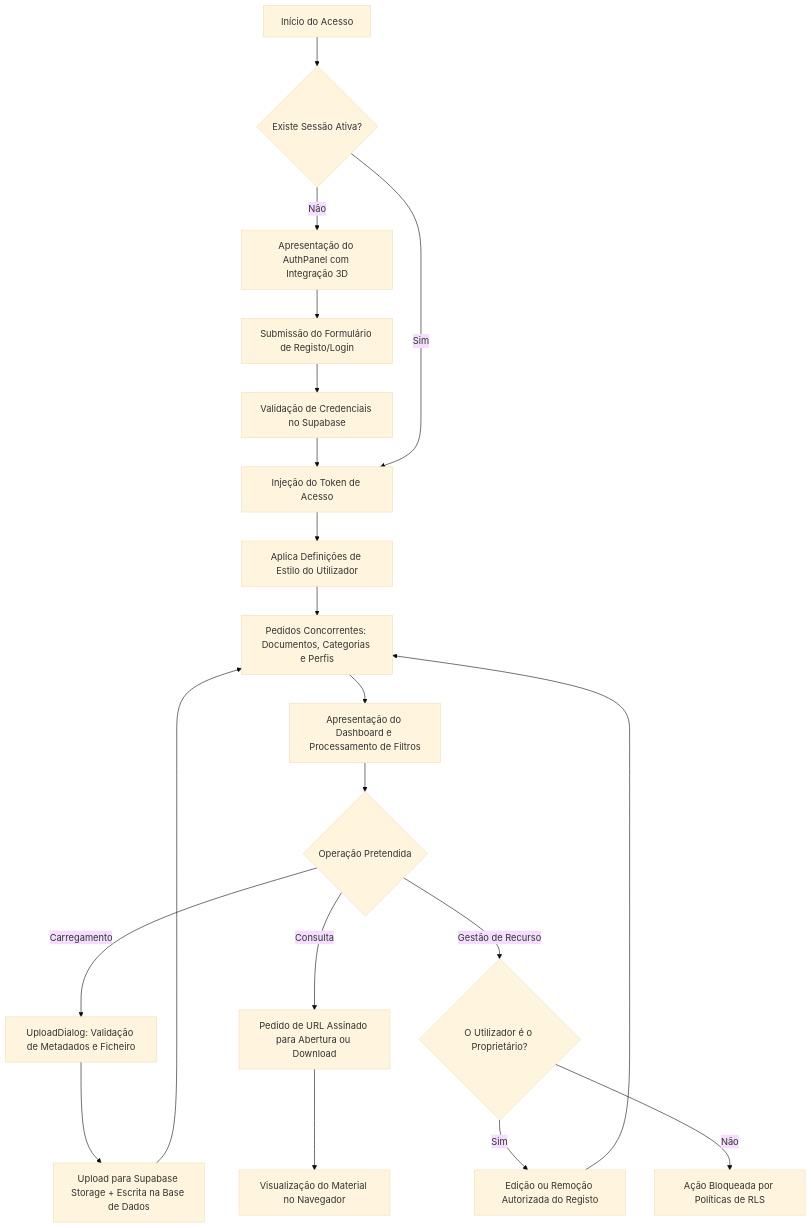
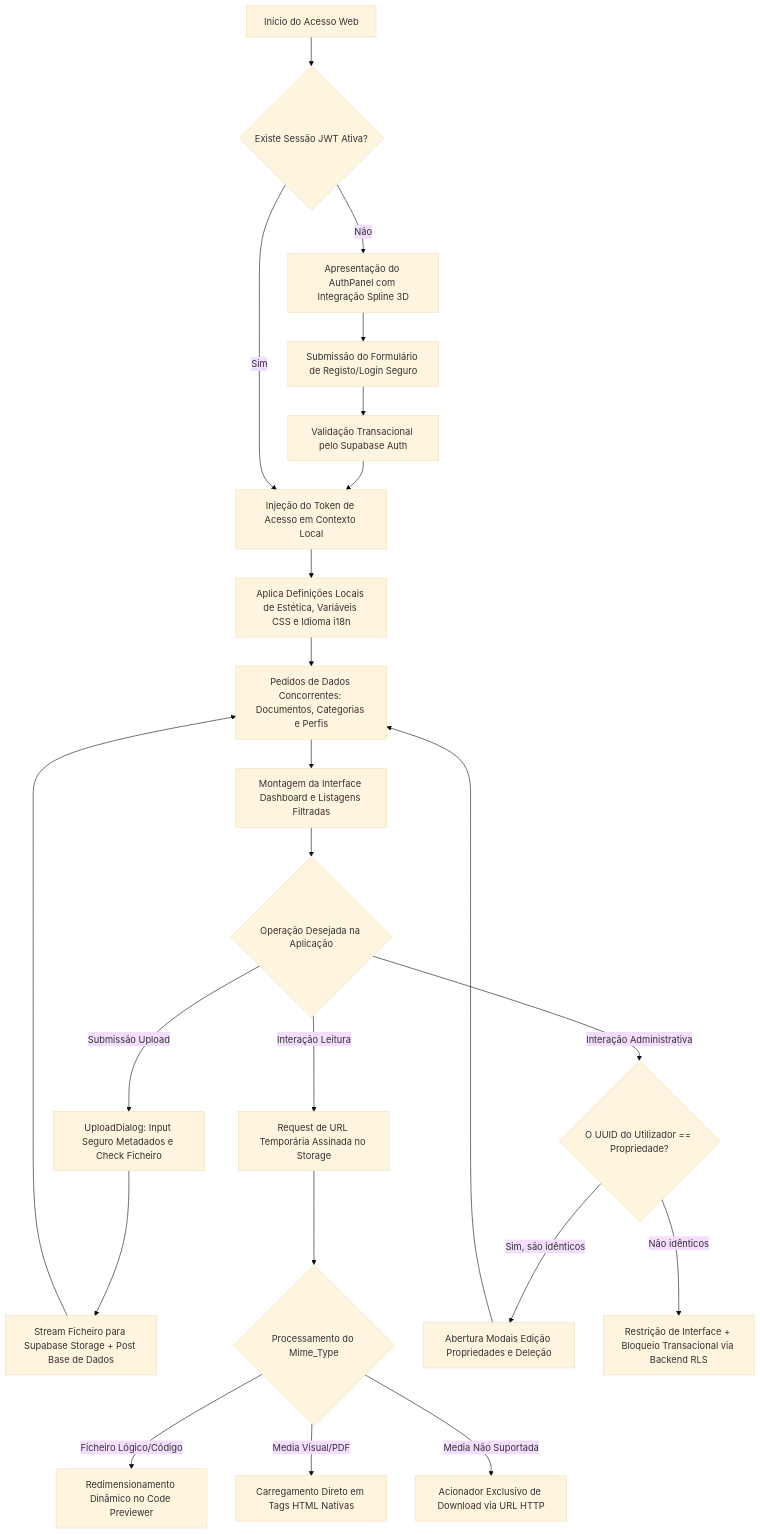
The diagram in README.md (Luzisrepo/etaplib), drawn with Mermaid (base theme) before and after one commit. The commit also changed other lines of this file, not shown here.

````diff
--- a/README.md
+++ b/README.md
@@ -168,22 +109,25 @@
 ```mermaid
 graph TD
-    A[Início do Acesso] --> B{Existe Sessão Ativa?}
-    B -- Não --> C[Apresentação do AuthPanel com Integração 3D]
-    C --> D[Submissão do Formulário de Registo/Login]
-    D --> E[Validação de Credenciais no Supabase]
-    E --> F[Injeção do Token de Acesso]
+    A[Início do Acesso Web] --> B{Existe Sessão JWT Ativa?}
+    B -- Não --> C[Apresentação do AuthPanel com Integração Spline 3D]
+    C --> D[Submissão do Formulário de Registo/Login Seguro]
+    D --> E[Validação Transacional pelo Supabase Auth]
+    E --> F[Injeção do Token de Acesso em Contexto Local]
     B -- Sim --> F
-    F --> G[Aplica Definições de Estilo do Utilizador]
-    G --> H[Pedidos Concorrentes: Documentos, Categorias e Perfis]
-    H --> I[Apresentação do Dashboard e Processamento de Filtros]
-    I --> J{Operação Pretendida}
-    J -- Carregamento --> K[UploadDialog: Validação de Metadados e Ficheiro]
-    K --> L[Upload para Supabase Storage + Escrita na Base de Dados]
+    F --> G[Aplica Definições Locais de Estética, Variáveis CSS e Idioma i18n]
+    G --> H[Pedidos de Dados Concorrentes: Documentos, Categorias e Perfis]
+    H --> I[Montagem da Interface Dashboard e Listagens Filtradas]
+    I --> J{Operação Desejada na Aplicação}
+    J -- Submissão Upload --> K[UploadDialog: Input Seguro Metadados e Check Ficheiro]
+    K --> L[Stream Ficheiro para Supabase Storage + Post Base de Dados]
     L --> H
-    J -- Consulta --> M[Pedido de URL Assinado para Abertura ou Download]
-    M --> O[Visualização do Material no Navegador]
-    J -- Gestão de Recurso --> P{O Utilizador é o Proprietário?}
-    P -- Sim --> Q[Edição ou Remoção Autorizada do Registo]
+    J -- Interação Leitura --> M[Request de URL Temporária Assinada no Storage]
+    M --> N{Processamento do Mime_Type}
+    N -- Ficheiro Lógico/Código --> O1[Redimensionamento Dinâmico no Code Previewer]
+    N -- Media Visual/PDF --> O2[Carregamento Direto em Tags HTML Nativas]
+    N -- Media Não Suportada --> O3[Acionador Exclusivo de Download via URL HTTP]
+    J -- Interação Administrativa --> P{O UUID do Utilizador == Propriedade?}
+    P -- Sim, são idênticos --> Q[Abertura Modais Edição Propriedades e Deleção]
     Q --> H
-    P -- Não --> R[Ação Bloqueada por Políticas de RLS]
+    P -- Não idênticos --> R[Restrição de Interface + Bloqueio Transacional via Backend RLS]
 ```
````
